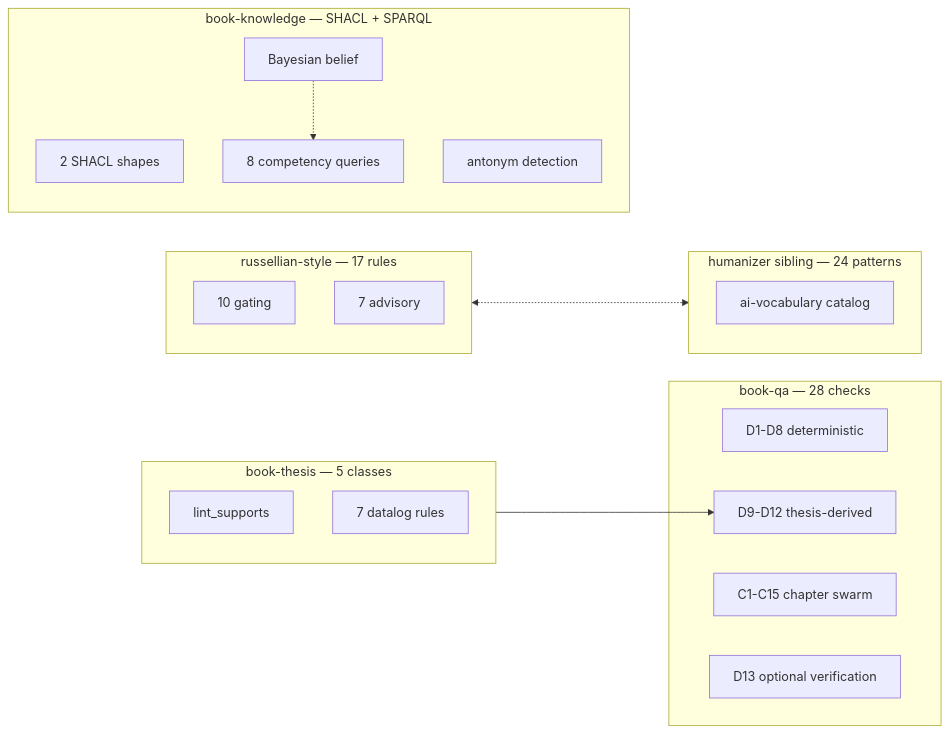
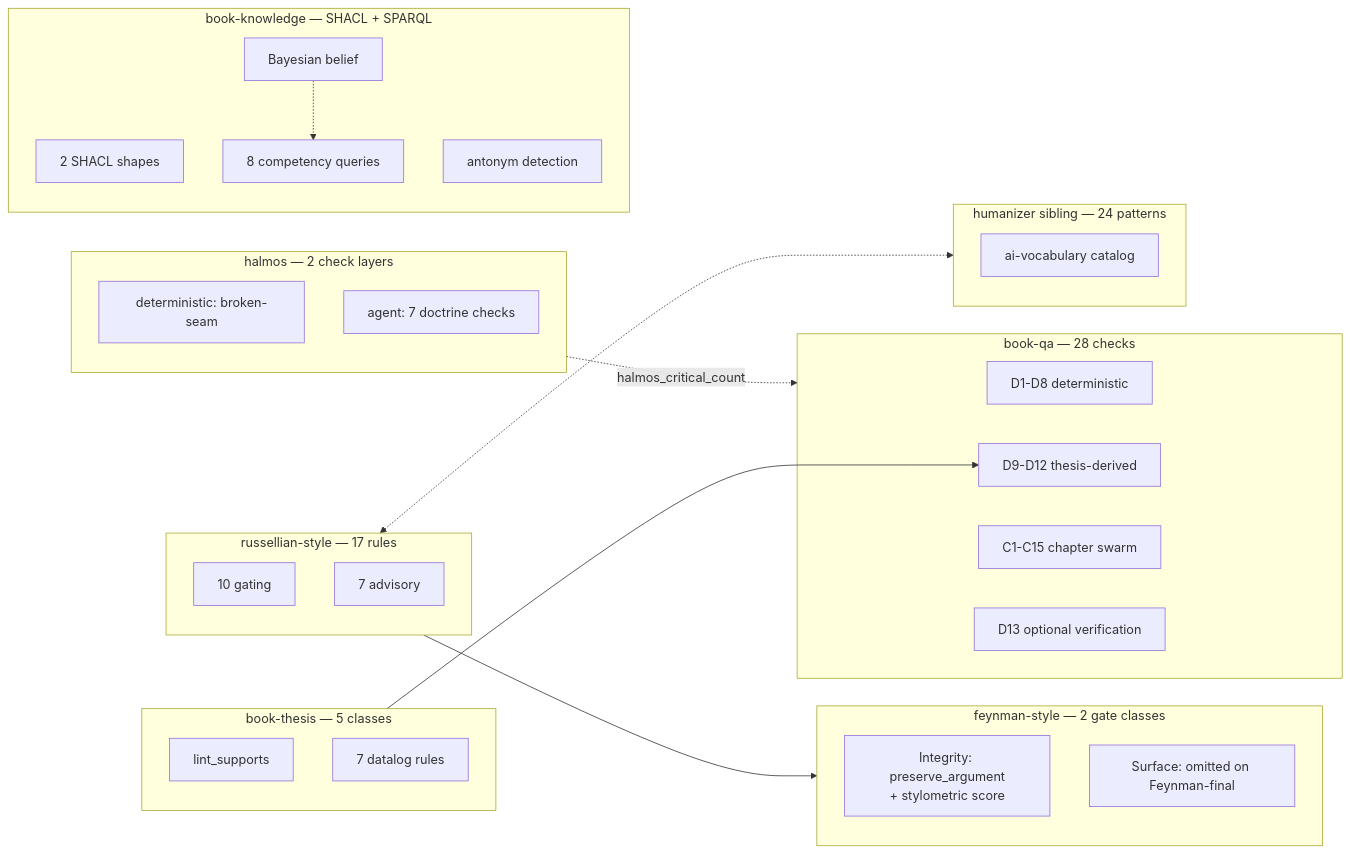
The eighth of 9 diagrams in README.md (CharlesHoskinson/russellian-book-suite), drawn with Mermaid before and after one commit. The commit also changed other lines of this file and 2 other files, not shown here.

Commit message:
Register feynman-style and halmos in suite docs

````diff
--- a/README.md
+++ b/README.md
@@ -1209,29 +1279,39 @@
 ```mermaid
 graph LR
     subgraph rs[russellian-style — 17 rules]
         rsg[10 gating]
         rsa[7 advisory]
+    end
+    subgraph fs[feynman-style — 2 gate classes]
+        fsi[Integrity: preserve_argument<br/>+ stylometric score]
+        fss[Surface: omitted on Feynman-final]
+    end
+    subgraph hl[halmos — 2 check layers]
+        hld[deterministic: broken-seam]
+        hla[agent: 7 doctrine checks]
     end
     subgraph qa[book-qa — 28 checks]
         qad[D1-D8 deterministic]
         qadt[D9-D12 thesis-derived]
         qac[C1-C15 chapter swarm]
         qadv[D13 optional verification]
     end
     subgraph bt[book-thesis — 5 classes]
         bts[lint_supports]
         btd[7 datalog rules]
     end
     subgraph bk[book-knowledge — SHACL + SPARQL]
         bks[2 SHACL shapes]
         bkq[8 competency queries]
         bkb[Bayesian belief]
         bkc[antonym detection]
     end
     subgraph hm[humanizer sibling — 24 patterns]
         hmp[ai-vocabulary catalog]
     end
     bt --> qadt
     bkb -.-> bkq
     rs <-.-> hm
+    rs --> fs
+    hl -. halmos_critical_count .-> qa
 ```
````
